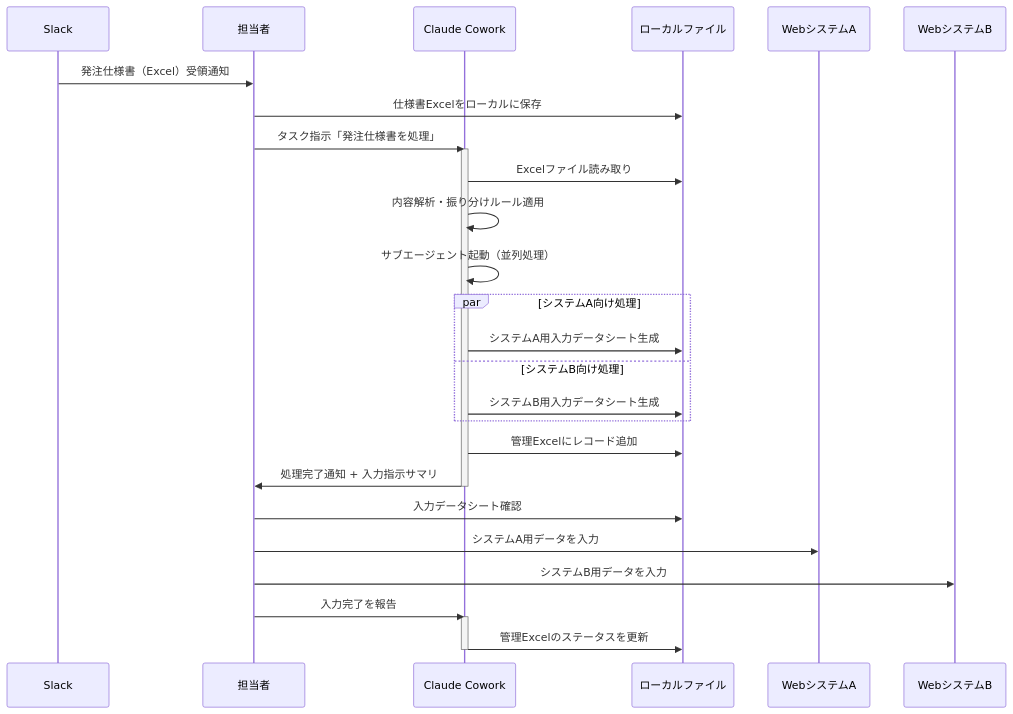
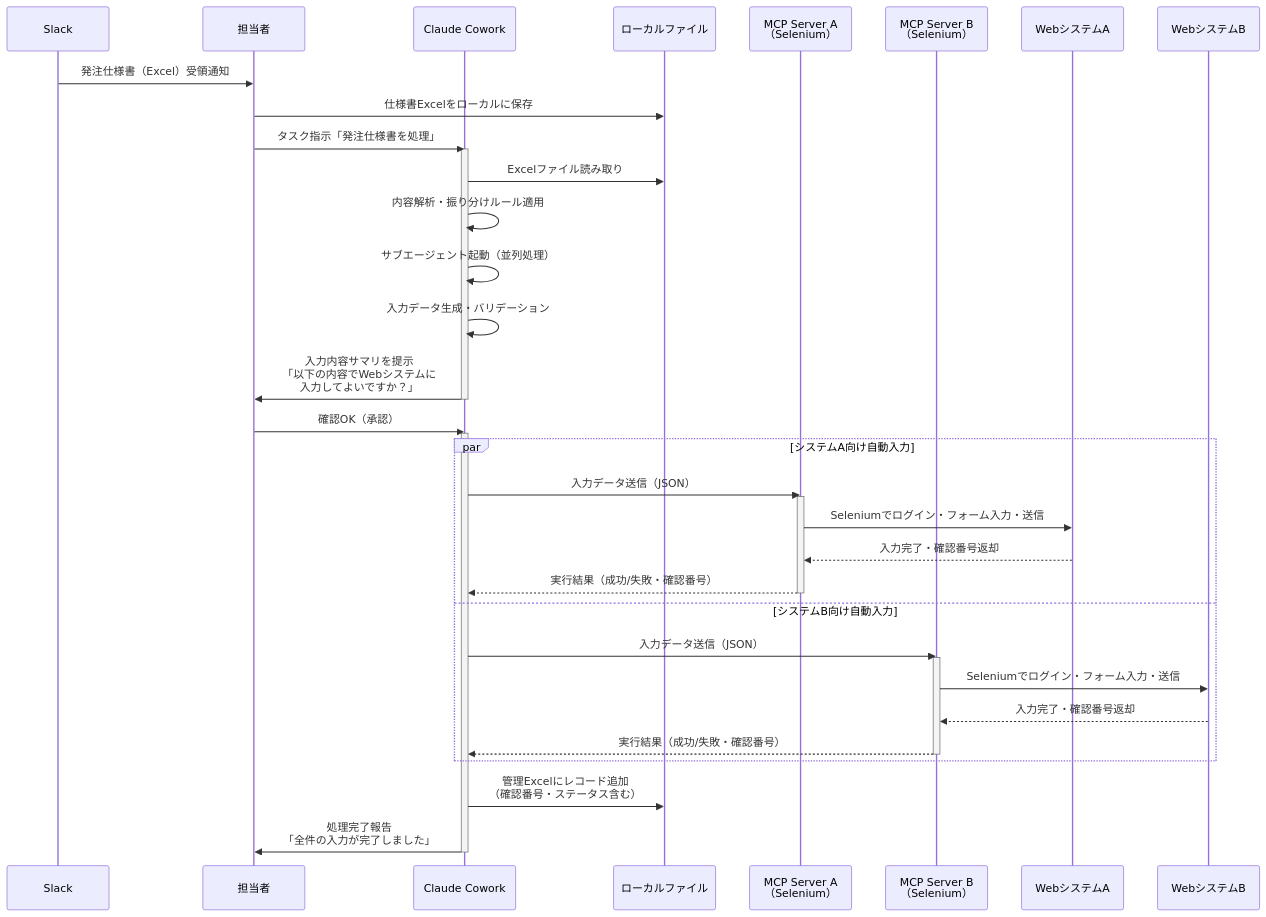
The fourth of 8 diagrams in docs/cowork_workflow_proposal.md (yutoTachibana/ai-orderring-platform), drawn with Mermaid before and after one commit. The commit also changed other lines of this file, not shown here.

````diff
--- a/docs/cowork_workflow_proposal.md
+++ b/docs/cowork_workflow_proposal.md
@@ -87,37 +137,46 @@
 ```mermaid
 sequenceDiagram
     participant S as Slack
     participant U as 担当者
     participant CW as Claude Cowork
     participant FS as ローカルファイル
+    participant MCP_A as MCP Server A<br/>（Selenium）
+    participant MCP_B as MCP Server B<br/>（Selenium）
     participant WA as WebシステムA
     participant WB as WebシステムB
 
     S->>U: 発注仕様書（Excel）受領通知
     U->>FS: 仕様書Excelをローカルに保存
     U->>CW: タスク指示「発注仕様書を処理」
 
     activate CW
     CW->>FS: Excelファイル読み取り
     CW->>CW: 内容解析・振り分けルール適用
     CW->>CW: サブエージェント起動（並列処理）
+    CW->>CW: 入力データ生成・バリデーション
+    CW->>U: 入力内容サマリを提示<br/>「以下の内容でWebシステムに<br/>入力してよいですか？」
+    deactivate CW
 
-    par システムA向け処理
-        CW->>FS: システムA用入力データシート生成
-    and システムB向け処理
-        CW->>FS: システムB用入力データシート生成
+    U->>CW: 確認OK（承認）
+
+    activate CW
+    par システムA向け自動入力
+        CW->>MCP_A: 入力データ送信（JSON）
+        activate MCP_A
+        MCP_A->>WA: Seleniumでログイン・フォーム入力・送信
+        WA-->>MCP_A: 入力完了・確認番号返却
+        MCP_A-->>CW: 実行結果（成功/失敗・確認番号）
+        deactivate MCP_A
+    and システムB向け自動入力
+        CW->>MCP_B: 入力データ送信（JSON）
+        activate MCP_B
+        MCP_B->>WB: Seleniumでログイン・フォーム入力・送信
+        WB-->>MCP_B: 入力完了・確認番号返却
+        MCP_B-->>CW: 実行結果（成功/失敗・確認番号）
+        deactivate MCP_B
     end
 
-    CW->>FS: 管理Excelにレコード追加
-    CW->>U: 処理完了通知 + 入力指示サマリ
-    deactivate CW
-
-    U->>FS: 入力データシート確認
-    U->>WA: システムA用データを入力
-    U->>WB: システムB用データを入力
-    U->>CW: 入力完了を報告
-
-    activate CW
-    CW->>FS: 管理Excelのステータスを更新
+    CW->>FS: 管理Excelにレコード追加<br/>（確認番号・ステータス含む）
+    CW->>U: 処理完了報告<br/>「全件の入力が完了しました」
     deactivate CW
 ```
````
